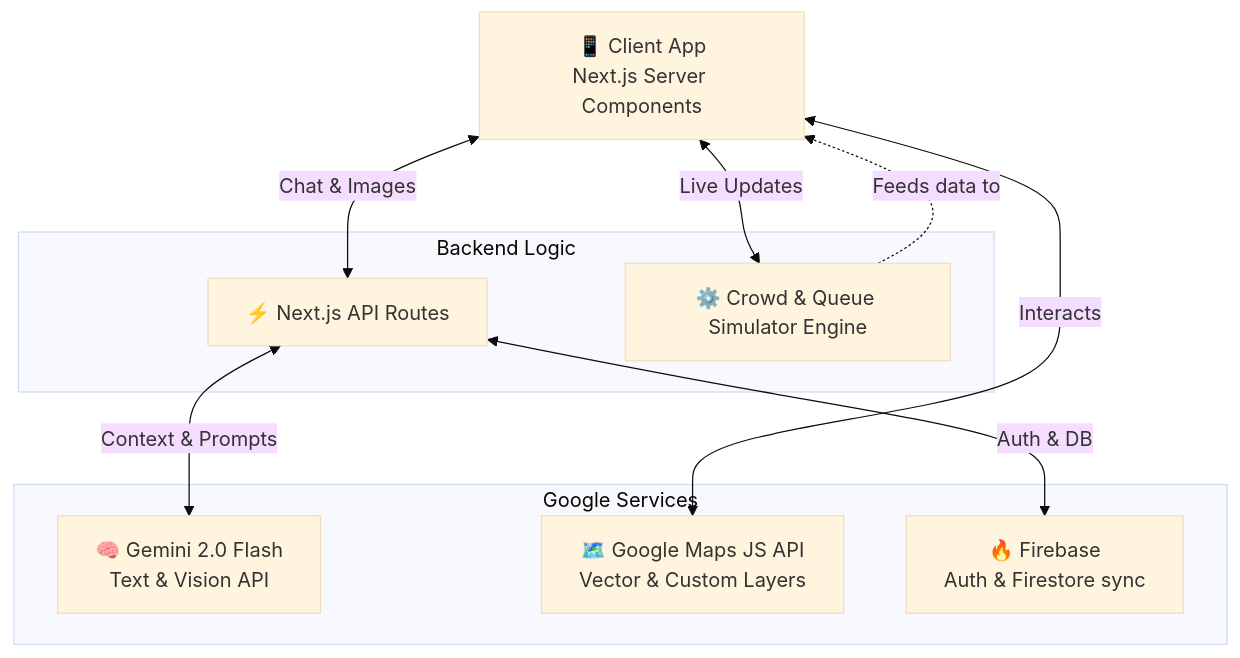
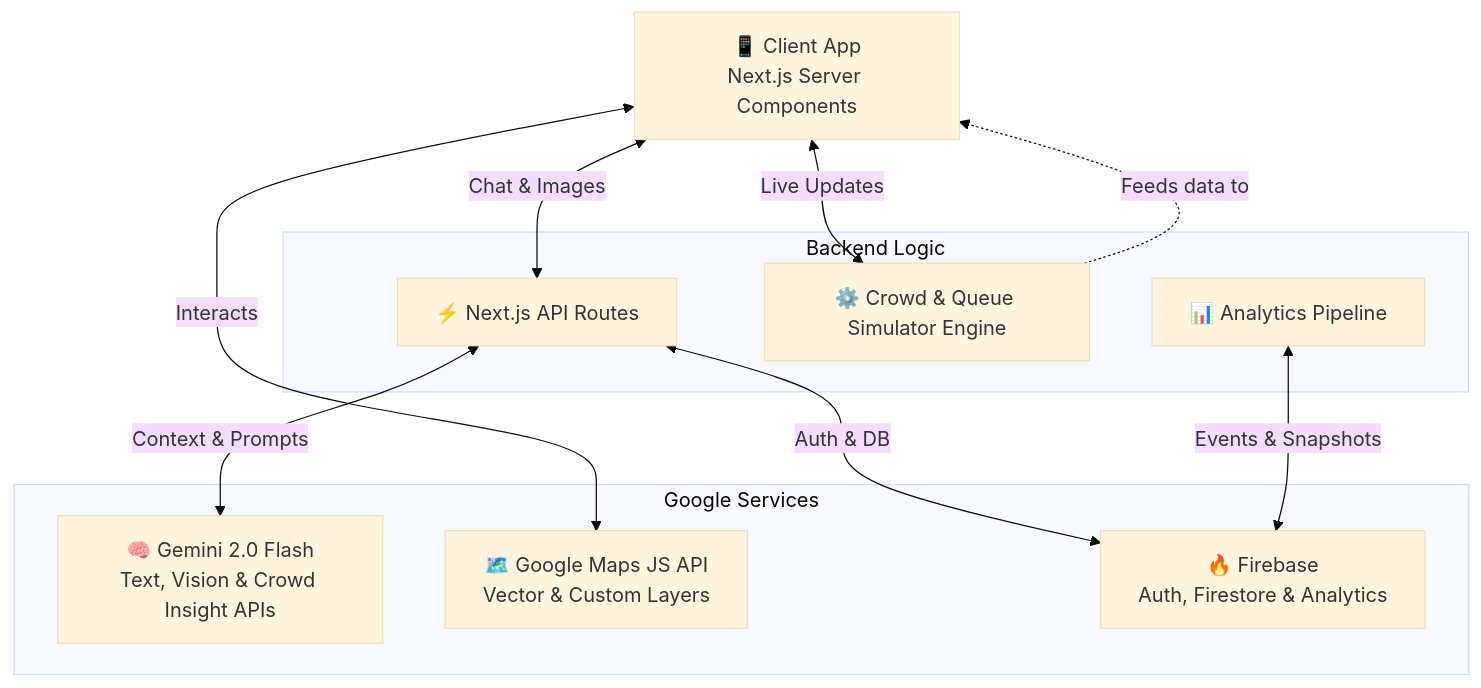
One commit to AnuranjanJain/promptwars-stadium-iq changed the diagram in README.md. Above: the diagram before and after it, drawn with Mermaid (base theme). The commit also changed other lines of this file and 20 other files, not shown here.

````diff
--- a/README.md
+++ b/README.md
@@ -38,24 +57,26 @@
 ```mermaid
 graph TD
     Client[📱 Client App<br/>Next.js Server Components]
     
     subgraph Google Services
-        Gemini[🧠 Gemini 2.0 Flash<br/>Text & Vision API]
+        Gemini[🧠 Gemini 2.0 Flash<br/>Text, Vision & Crowd Insight APIs]
         Maps[🗺️ Google Maps JS API<br/>Vector & Custom Layers]
-        Firebase[🔥 Firebase<br/>Auth & Firestore sync]
+        Firebase[🔥 Firebase<br/>Auth, Firestore & Analytics]
     end
 
     subgraph Backend Logic
         API[⚡ Next.js API Routes]
         Sim[⚙️ Crowd & Queue Simulator Engine]
+        Analytics[📊 Analytics Pipeline]
     end
 
     Client <-->|Live Updates| Sim
     Client <-->|Interacts| Maps
     Client <-->|Chat & Images| API
     
     API <-->|Context & Prompts| Gemini
     API <-->|Auth & DB| Firebase
+    Analytics <-->|Events & Snapshots| Firebase
     
     Sim -.->|Feeds data to| Client
 ```
````
